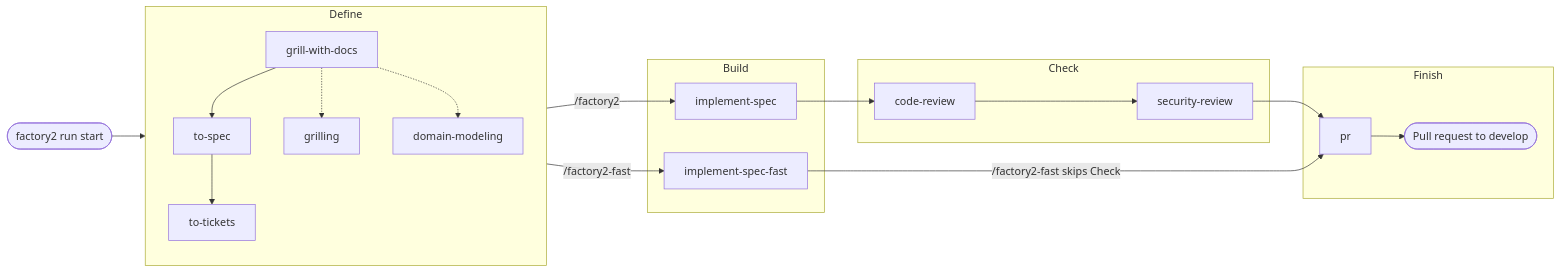
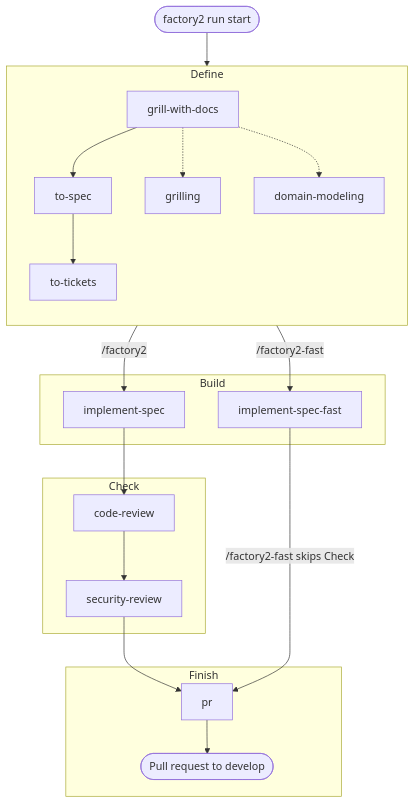
The diagram in README.md (TDSchreur/jidoka), drawn with Mermaid before and after one commit.

Commit message:
Lay out the workflow diagram from top to bottom

````diff
--- a/README.md
+++ b/README.md
@@ -66,29 +66,30 @@
 ```mermaid
-flowchart LR
+flowchart TB
     start([factory2 run start]) --> define
 
     subgraph define [Define]
+        direction TB
         grill[grill-with-docs] --> spec[to-spec] --> tickets[to-tickets]
         grill -.-> grilling[grilling]
         grill -.-> domain[domain-modeling]
     end
 
     subgraph build [Build]
         impl[implement-spec]
         implfast[implement-spec-fast]
     end
 
     subgraph check [Check]
         review[code-review] --> security[security-review]
     end
 
     subgraph finish [Finish]
         pr[pr] --> pull([Pull request to develop])
     end
 
     define -->|/factory2| impl
     define -->|/factory2-fast| implfast
     impl --> review
     security --> pr
     implfast -->|/factory2-fast skips Check| pr
 ```
````
